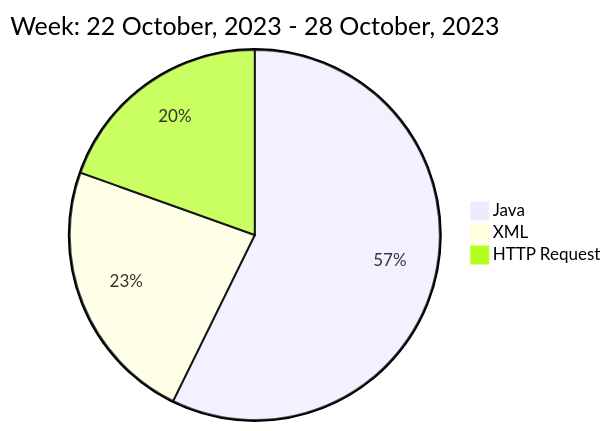
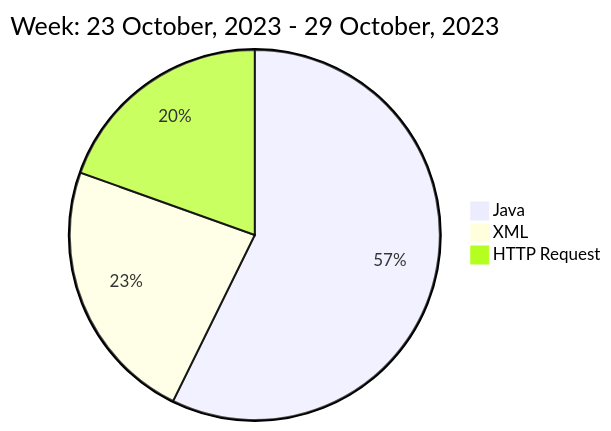
Before and after one commit to liubin95/liubin95: the diagram in README.md, drawn with Mermaid.

Commit message:
Updated the Graph with new Metrics

````diff
--- a/README.md
+++ b/README.md
@@ -40,7 +40,7 @@
 ```mermaid
  pie
-title Week: 22 October, 2023 - 28 October, 2023
+title Week: 23 October, 2023 - 29 October, 2023
  "Java" : 5.63
  "XML" : 2.28
  "HTTP Request" : 1.92
 ```
````
